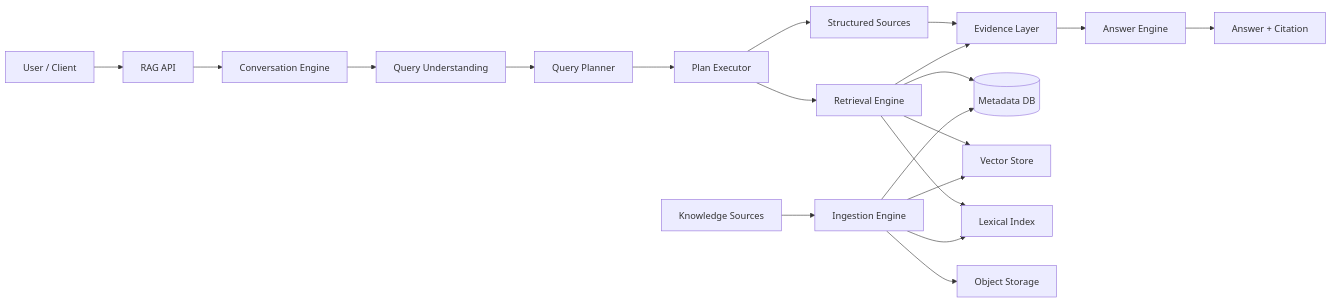
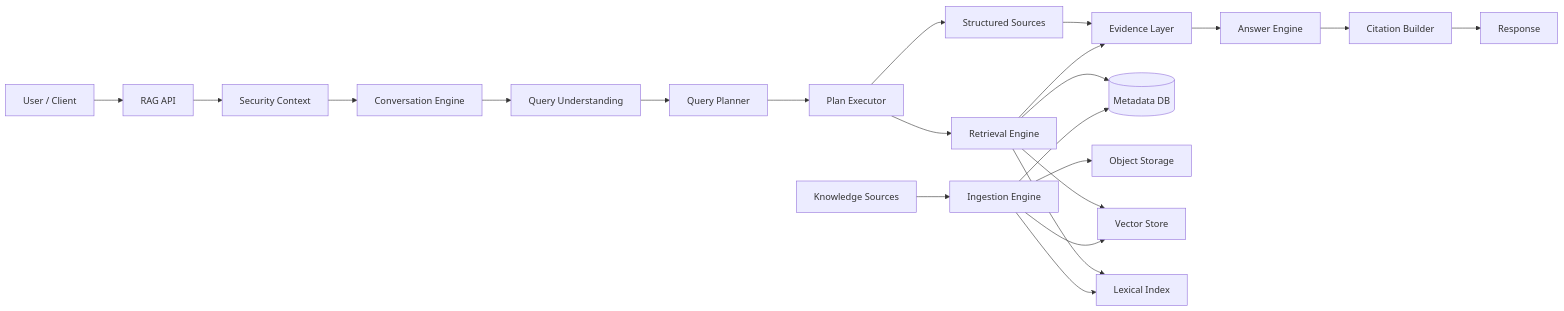
Before and after one commit to QVux13/Raglyra: the diagram in docs/00-overview/00-system-architecture.md, drawn with Mermaid. The commit also changed other lines of this file, not shown here.

Commit message:
docs: expand Raglyra system architecture

```diff
--- a/docs/00-overview/00-system-architecture.md
+++ b/docs/00-overview/00-system-architecture.md
@@ -73,29 +71,25 @@
 ~~~mermaid
 flowchart LR
     U[User / Client] --> API[RAG API]
+    API --> SEC[Security Context]
+    SEC --> CONV[Conversation Engine]
+    CONV --> QU[Query Understanding]
+    QU --> PLAN[Query Planner]
+    PLAN --> EXEC[Plan Executor]
+    EXEC --> STRUCT[Structured Sources]
+    EXEC --> RET[Retrieval Engine]
+    RET --> EV[Evidence Layer]
+    STRUCT --> EV
+    EV --> ANS[Answer Engine]
+    ANS --> CIT[Citation Builder]
+    CIT --> OUT[Response]
 
-    API --> C[Conversation Engine]
-    C --> Q[Query Understanding]
-    Q --> P[Query Planner]
-
-    P --> X[Plan Executor]
-
-    X --> S[Structured Sources]
-    X --> R[Retrieval Engine]
-
-    R --> E[Evidence Layer]
-    S --> E
-
-    E --> A[Answer Engine]
-    A --> O[Answer + Citation]
-
-    K[Knowledge Sources] --> I[Ingestion Engine]
-    I --> M[(Metadata DB)]
-    I --> V[Vector Store]
-    I --> L[Lexical Index]
-    I --> B[Object Storage]
-
-    R --> V
-    R --> L
-    R --> M
+    SRC[Knowledge Sources] --> ING[Ingestion Engine]
+    ING --> META[(Metadata DB)]
+    ING --> OBJ[Object Storage]
+    ING --> VEC[Vector Store]
+    ING --> LEX[Lexical Index]
+    RET --> VEC
+    RET --> LEX
+    RET --> META
 ~~~
```
